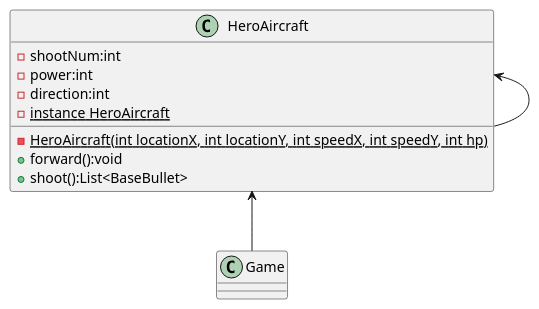
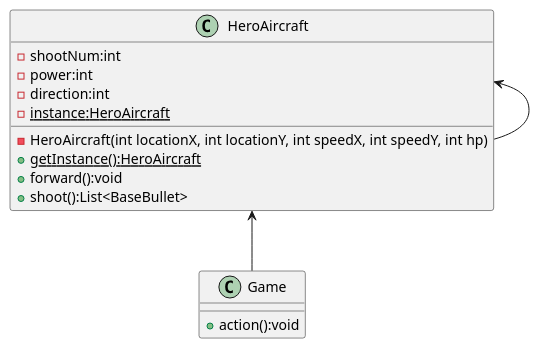
The diagram in uml/HeroAircraftSingleton.puml (linkfqy/AircraftWar), drawn with PlantUML before and after one commit. The commit also changed 11 other files, not shown here.

```diff
--- a/uml/HeroAircraftSingleton.puml
+++ b/uml/HeroAircraftSingleton.puml
@@ -1,16 +1,17 @@
 @startuml
 class HeroAircraft {
     - shootNum:int
     - power:int
     - direction:int
-    - {static} instance HeroAircraft
-    - {static} HeroAircraft(int locationX, int locationY, int speedX, int speedY, int hp)
+    - {static} instance:HeroAircraft
+    - HeroAircraft(int locationX, int locationY, int speedX, int speedY, int hp)
+    + {static} getInstance():HeroAircraft
     + forward():void
     + shoot():List<BaseBullet>
 }
 class Game {
-
+    + action():void
 }
 HeroAircraft <-- Game
 HeroAircraft <-- HeroAircraft
 @enduml
```
